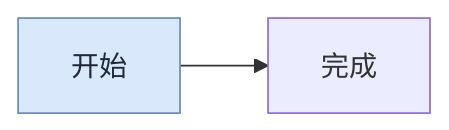
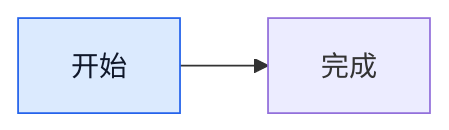
One commit to theChildinus/draw-diagram changed the sixth of 6 diagrams in references/mermaid-reference.md. Above: the diagram before and after it, drawn with Mermaid. The commit also changed 7 other files, not shown here.

Commit message:
feat: sync current draw-diagram skill

```diff
--- a/references/mermaid-reference.md
+++ b/references/mermaid-reference.md
@@ -144,5 +144,5 @@
 ~~~mermaid
 flowchart LR
   A["开始"]:::primary --> B["完成"]
-  classDef primary fill:#dae8fc,stroke:#6c8ebf,color:#1f2937
+  classDef primary fill:#DBEAFE,stroke:#2563EB,color:#0F172A
 ~~~
```
